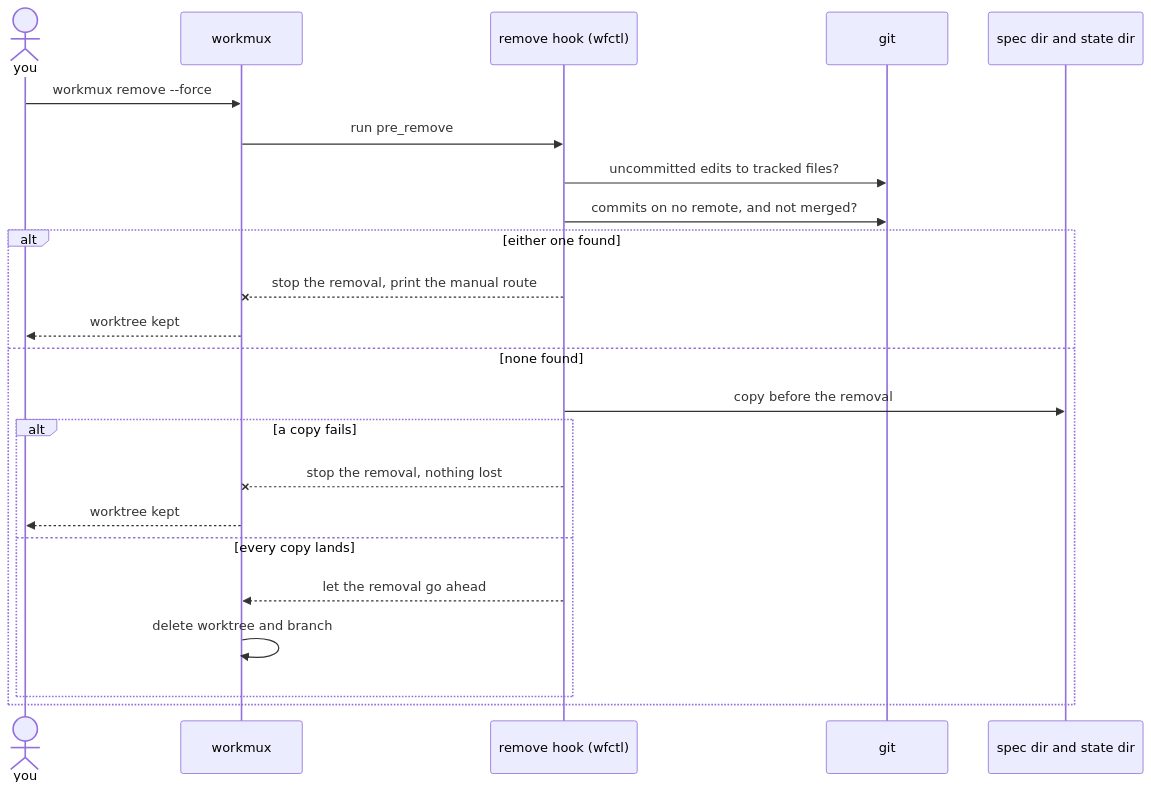
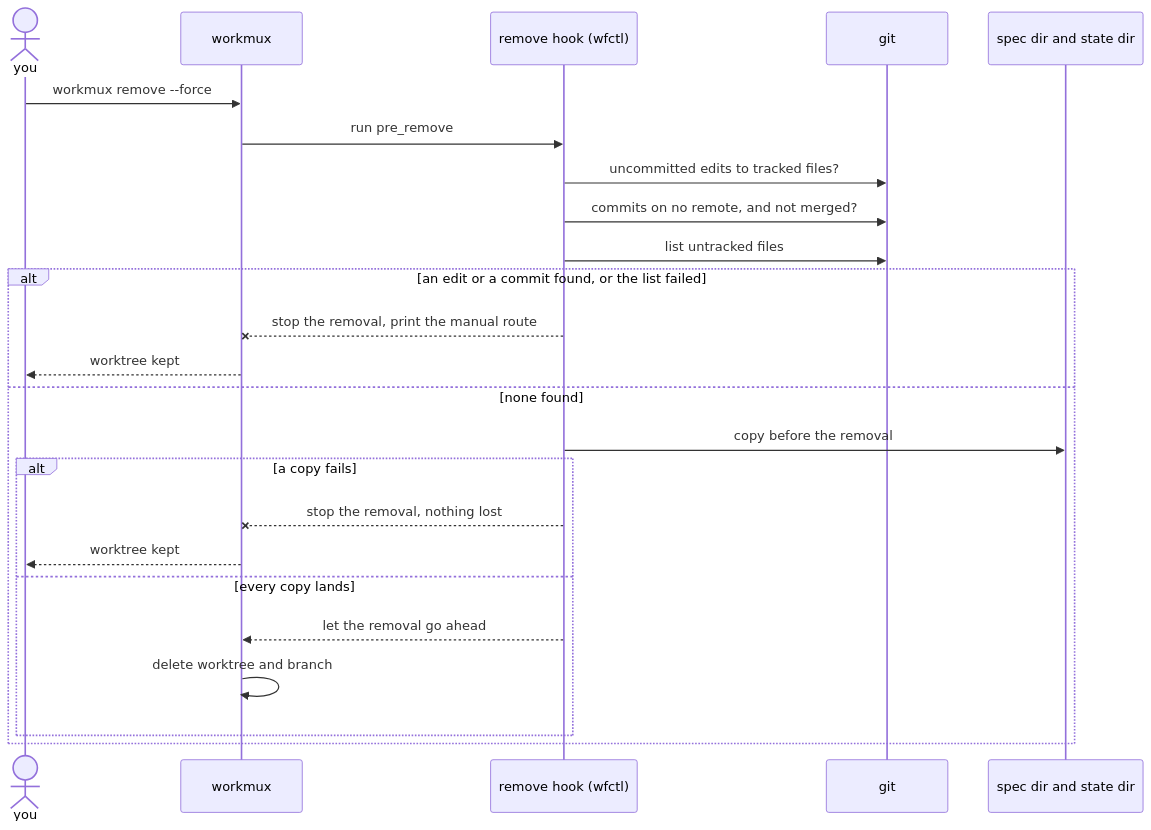
Before and after one commit to aamarin/wfctl: the diagram in docs/architecture/worktree-removal-requires-saved-work.md, drawn with Mermaid. The commit also changed other lines of this file and 9 other files, not shown here.

````diff
--- a/docs/architecture/worktree-removal-requires-saved-work.md
+++ b/docs/architecture/worktree-removal-requires-saved-work.md
@@ -90,25 +98,26 @@
 ```mermaid
 sequenceDiagram
     actor you
     participant wm as workmux
     participant hook as remove hook (wfctl)
     participant git
     participant dest as spec dir and state dir
     you->>wm: workmux remove --force
     wm->>hook: run pre_remove
     hook->>git: uncommitted edits to tracked files?
     hook->>git: commits on no remote, and not merged?
-    alt either one found
+    hook->>git: list untracked files
+    alt an edit or a commit found, or the list failed
         hook--xwm: stop the removal, print the manual route
         wm-->>you: worktree kept
     else none found
         hook->>dest: copy before the removal
         alt a copy fails
             hook--xwm: stop the removal, nothing lost
             wm-->>you: worktree kept
         else every copy lands
             hook-->>wm: let the removal go ahead
             wm->>wm: delete worktree and branch
         end
     end
 ```
````
